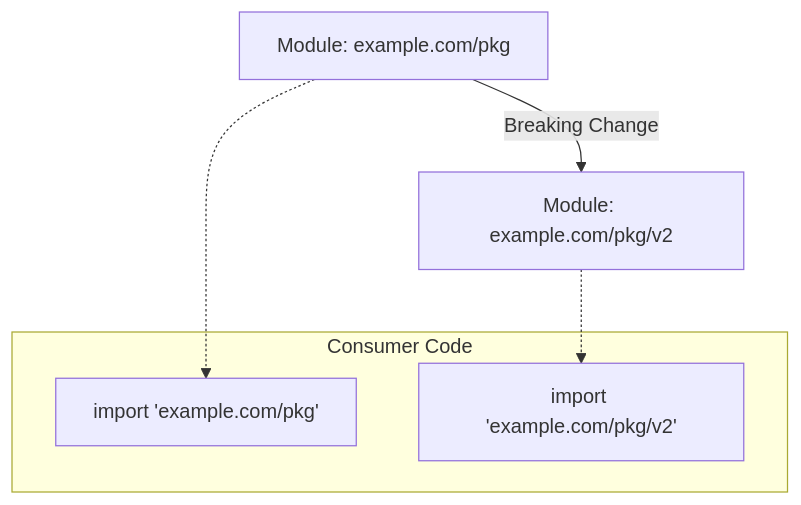
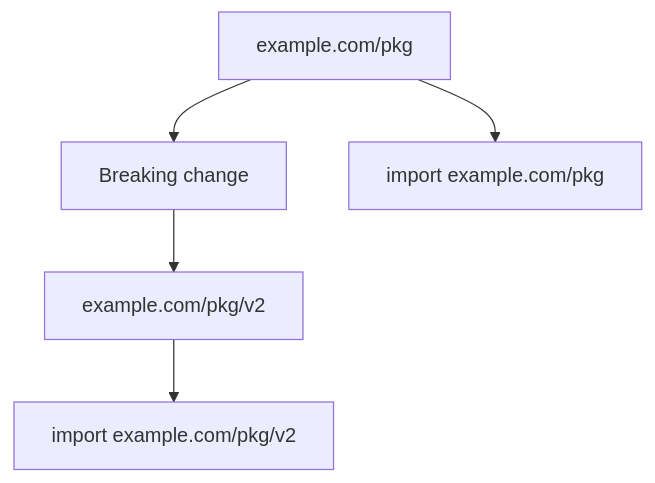
The diagram in RAK-03-evolution/SR-01-module-system/BK-01-module-lifecycle/CH-03-semver/README.md (syahputrawork98-sketch/Golang-Knowledge-Base), drawn with Mermaid before and after one commit. The commit also changed other lines of this file and 32 other files, not shown here.

````diff
--- a/RAK-03-evolution/SR-01-module-system/BK-01-module-lifecycle/CH-03-semver/README.md
+++ b/RAK-03-evolution/SR-01-module-system/BK-01-module-lifecycle/CH-03-semver/README.md
@@ -34,12 +33,7 @@
 ```mermaid
 graph TD
-    V1[Module: example.com/pkg] -->|Breaking Change| V2[Module: example.com/pkg/v2]
-    
-    subgraph "Consumer Code"
-    C1[import 'example.com/pkg']
-    C2[import 'example.com/pkg/v2']
-    end
-    
-    V1 -.-> C1
-    V2 -.-> C2
+    V1[example.com/pkg] --> Change[Breaking change]
+    Change --> V2[example.com/pkg/v2]
+    V1 --> C1[import example.com/pkg]
+    V2 --> C2[import example.com/pkg/v2]
 ```
````
